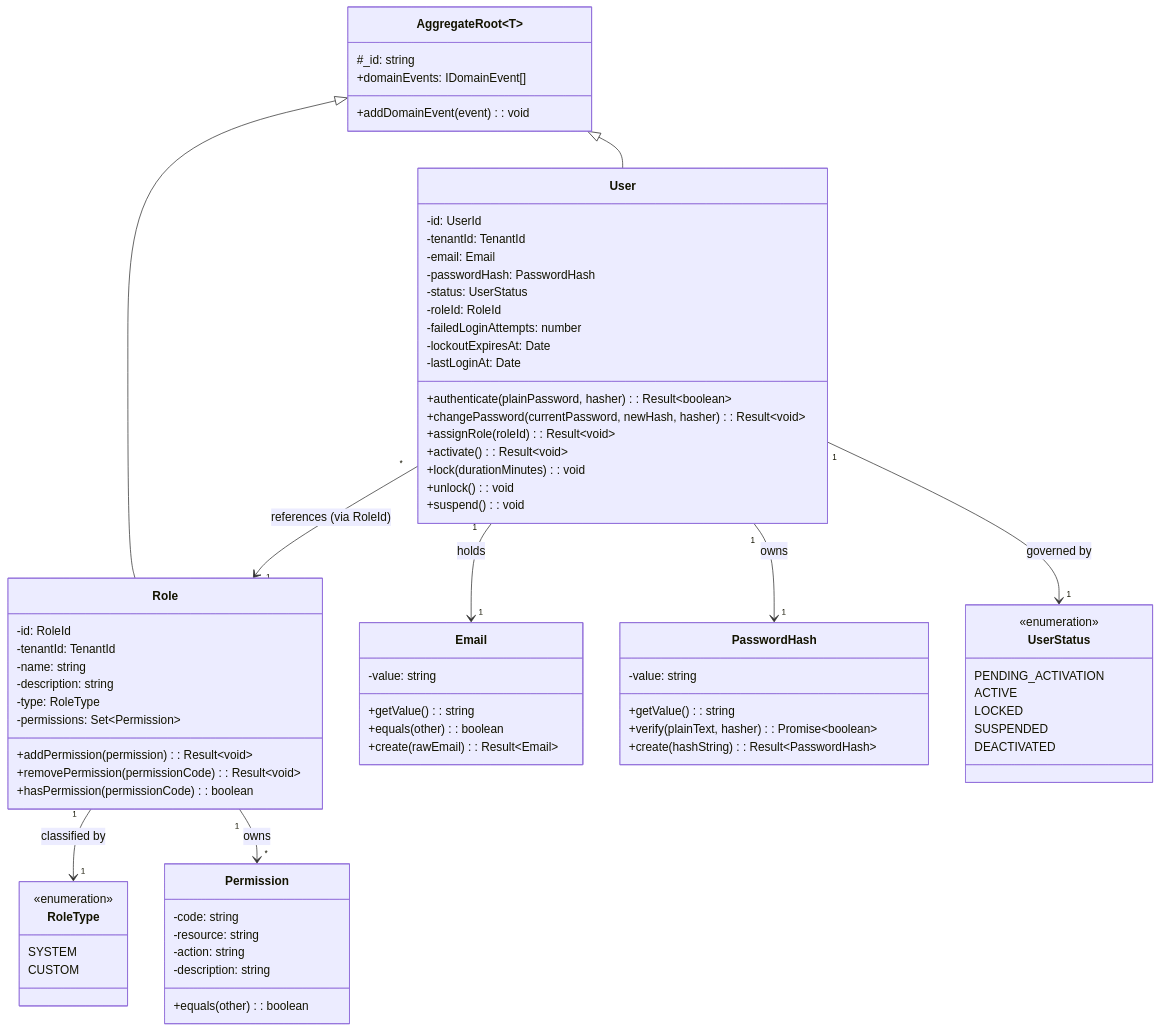
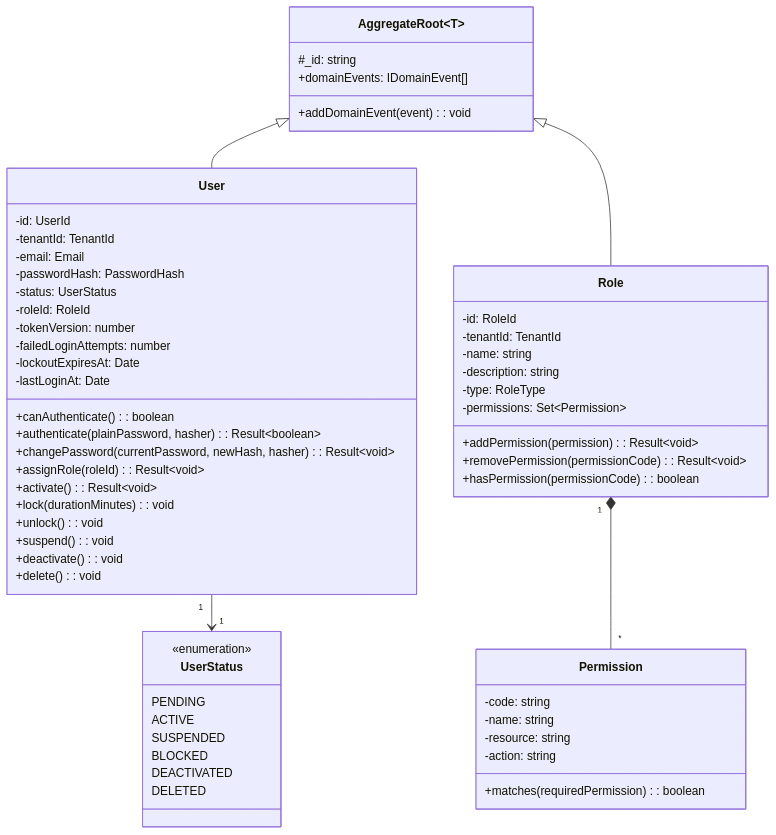
Before and after one commit to izzydin/kinergy-platform: the second of 5 diagrams in docs/architecture/identity-domain-model.md, drawn with Mermaid. The commit also changed other lines of this file and 4 other files, not shown here.

Commit message:
docs(identity): update identity architecture documentation

````diff
--- a/docs/architecture/identity-domain-model.md
+++ b/docs/architecture/identity-domain-model.md
@@ -76,9 +126,11 @@
         -passwordHash: PasswordHash
         -status: UserStatus
         -roleId: RoleId
+        -tokenVersion: number
         -failedLoginAttempts: number
         -lockoutExpiresAt: Date
         -lastLoginAt: Date
+        +canAuthenticate(): boolean
         +authenticate(plainPassword, hasher): Result~boolean~
         +changePassword(currentPassword, newHash, hasher): Result~void~
         +assignRole(roleId): Result~void~
@@ -86,6 +138,8 @@
         +lock(durationMinutes): void
         +unlock(): void
         +suspend(): void
+        +deactivate(): void
+        +delete(): void
     }
 
     class Role {
@@ -102,47 +156,24 @@
 
     class Permission {
         -code: string
+        -name: string
         -resource: string
         -action: string
-        -description: string
-        +equals(other): boolean
-    }
-
-    class Email {
-        -value: string
-        +getValue(): string
-        +equals(other): boolean
-        +create(rawEmail): Result~Email~
-    }
-
-    class PasswordHash {
-        -value: string
-        +getValue(): string
-        +verify(plainText, hasher): Promise~boolean~
-        +create(hashString): Result~PasswordHash~
+        +matches(requiredPermission): boolean
     }
 
     class UserStatus {
         <<enumeration>>
-        PENDING_ACTIVATION
+        PENDING
         ACTIVE
-        LOCKED
         SUSPENDED
+        BLOCKED
         DEACTIVATED
-    }
-
-    class RoleType {
-        <<enumeration>>
-        SYSTEM
-        CUSTOM
+        DELETED
     }
 
     AggregateRoot <|-- User
     AggregateRoot <|-- Role
-    User "1" --> "1" Email : holds
-    User "1" --> "1" PasswordHash : owns
-    User "1" --> "1" UserStatus : governed by
-    User "*" --> "1" Role : references (via RoleId)
-    Role "1" --> "1" RoleType : classified by
-    Role "1" --> "*" Permission : owns
+    User "1" --> "1" UserStatus
+    Role "1" *-- "*" Permission
 ```
````
